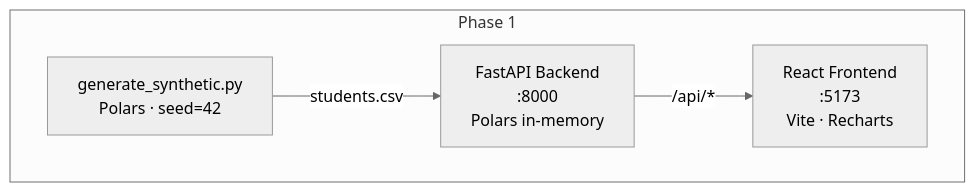
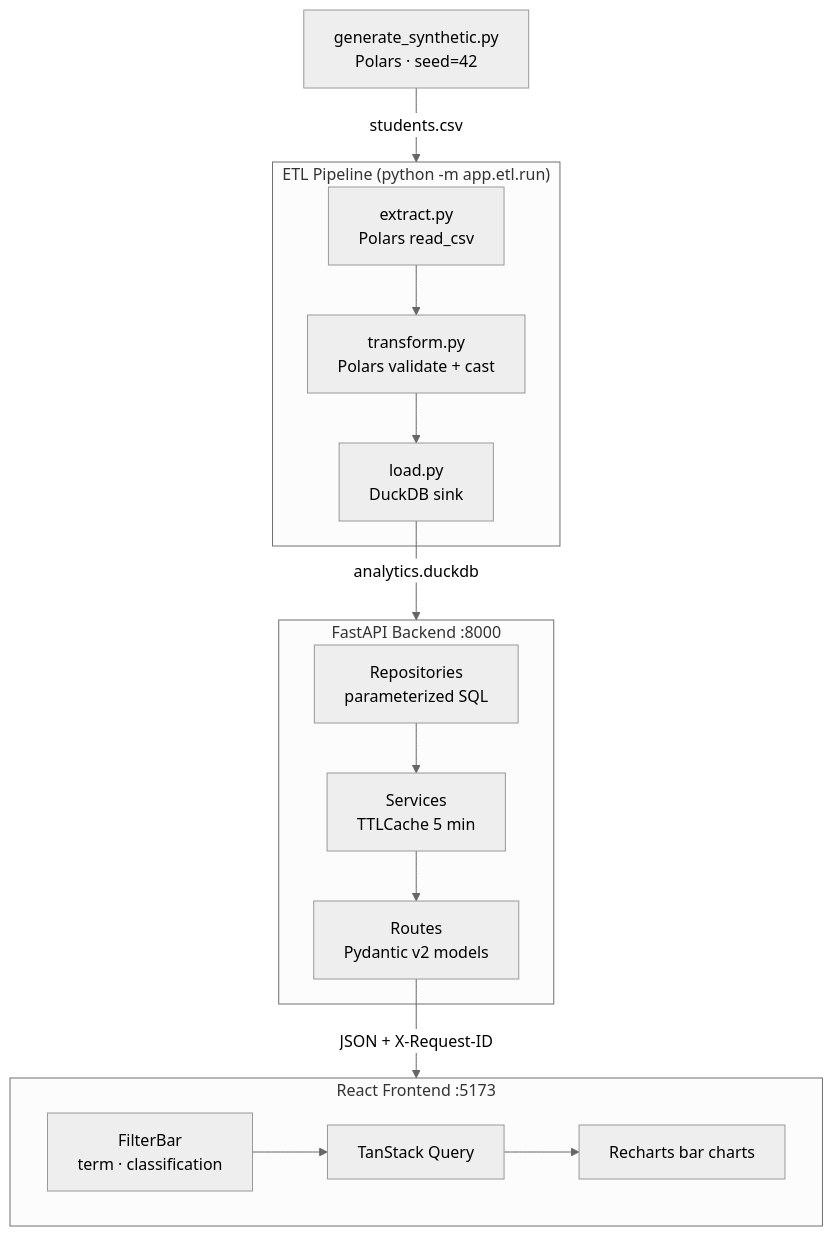
One commit to Siddiqueeahmed/student-analytics changed the diagram in README.md. Above: the diagram before and after it, drawn with Mermaid (neutral theme). The commit also changed other lines of this file and 2 other files, not shown here.

````diff
--- a/README.md
+++ b/README.md
@@ -7,12 +11,23 @@
 ```mermaid
 graph TD
-    G[generate_synthetic.py<br/>Polars · seed=42] -->|students.csv| B
-    B[FastAPI Backend<br/>:8000<br/>Polars in-memory] -->|/api/*| F
-    F[React Frontend<br/>:5173<br/>Vite · Recharts]
+    G[generate_synthetic.py<br/>Polars · seed=42] -->|students.csv| ETL
 
-    subgraph Phase 1
-        G
-        B
-        F
+    subgraph ETL ["ETL Pipeline (python -m app.etl.run)"]
+        E[extract.py<br/>Polars read_csv] --> T[transform.py<br/>Polars validate + cast]
+        T --> L[load.py<br/>DuckDB sink]
+    end
+
+    L -->|analytics.duckdb| API
+
+    subgraph API ["FastAPI Backend :8000"]
+        R[Repositories<br/>parameterized SQL] --> S[Services<br/>TTLCache 5 min]
+        S --> RT[Routes<br/>Pydantic v2 models]
+    end
+
+    RT -->|JSON + X-Request-ID| FE
+
+    subgraph FE ["React Frontend :5173"]
+        TQ[TanStack Query] --> Charts[Recharts bar charts]
+        FB[FilterBar<br/>term · classification] --> TQ
     end
 ```
````
